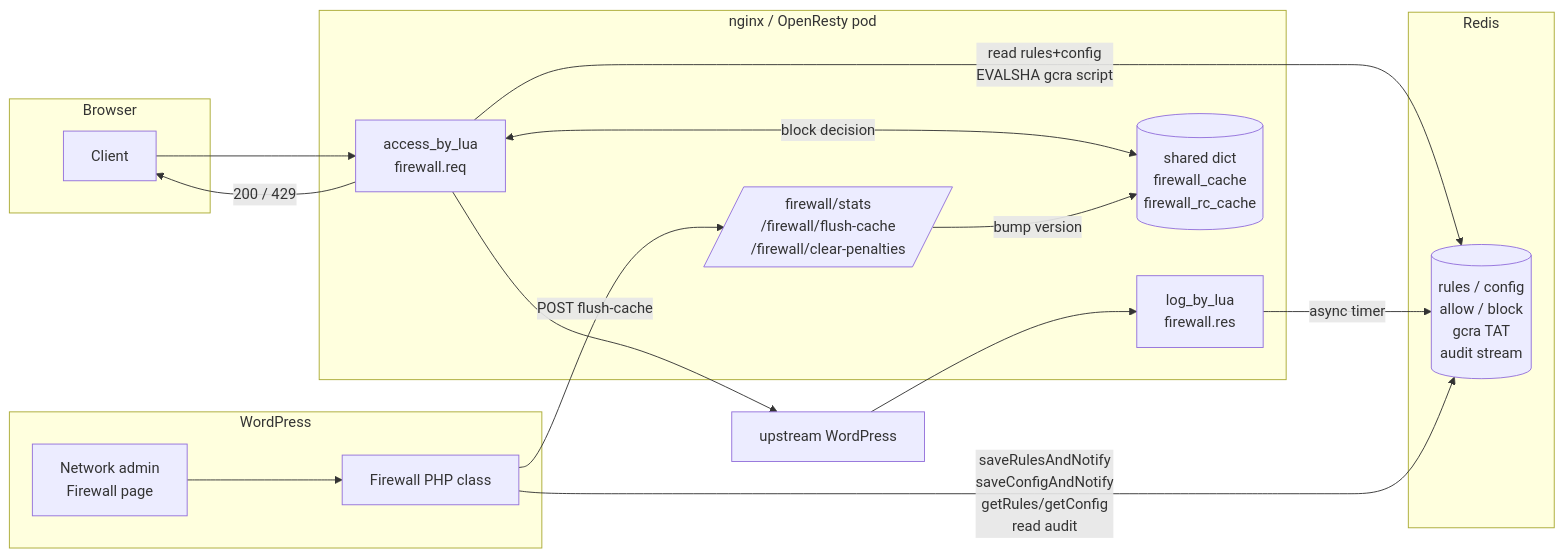
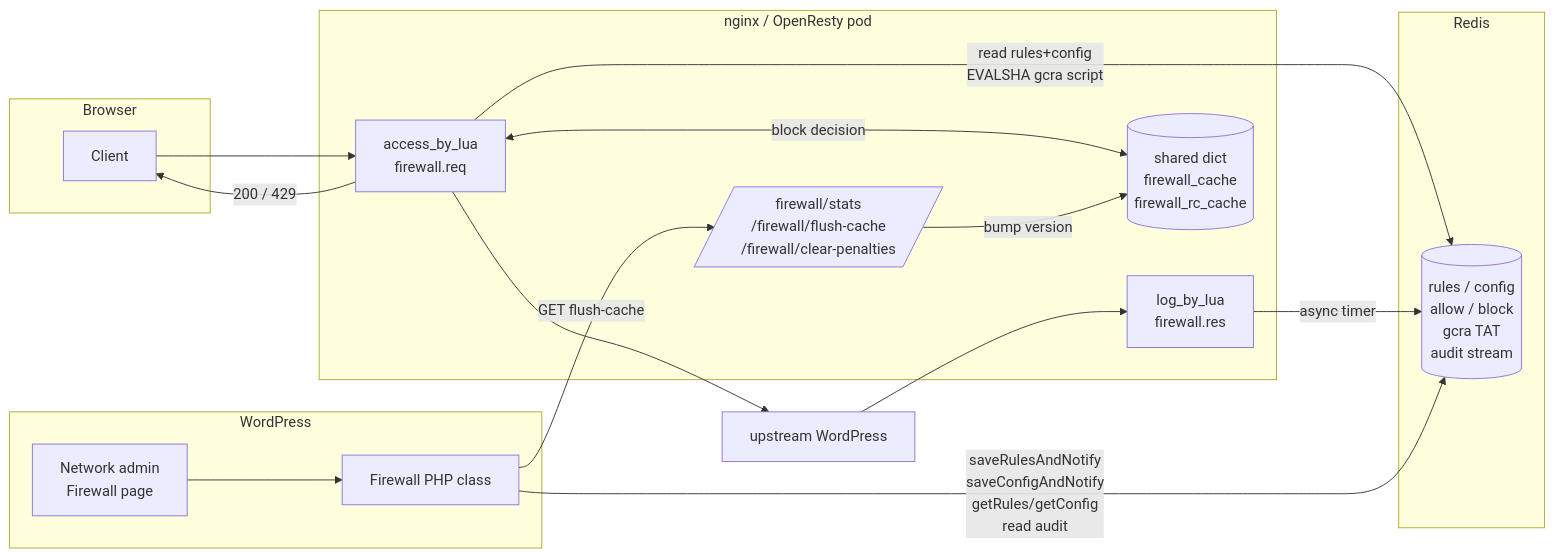
Before and after one commit to ministryofjustice/hale-platform: the first of 4 diagrams in opt/lua/README.md, drawn with Mermaid. The commit also changed other lines of this file, not shown here.

````diff
--- a/opt/lua/README.md
+++ b/opt/lua/README.md
@@ -133,34 +133,34 @@
 ```mermaid
 flowchart LR
     subgraph Browser
       C[Client]
     end
 
     subgraph nginx["nginx / OpenResty pod"]
       A[access_by_lua<br/>firewall.req]
       L[log_by_lua<br/>firewall.res]
       D[(shared dict<br/>firewall_cache<br/>firewall_rc_cache)]
       ADMIN[/firewall/stats<br/>/firewall/flush-cache<br/>/firewall/clear-penalties/]
     end
 
     subgraph Redis
       R[(rules / config<br/>allow / block<br/>gcra TAT<br/>audit stream)]
     end
 
     subgraph WordPress
       WP[Network admin<br/>Firewall page]
       PHP[Firewall PHP class]
     end
 
     C --> A
     A -- read rules+config<br/>EVALSHA gcra script --> R
     A <-- block decision --> D
     A -- 200 / 429 --> C
     A --> WPB[upstream WordPress] --> L
     L -- async timer --> R
 
     WP --> PHP
     PHP -- saveRulesAndNotify<br/>saveConfigAndNotify<br/>getRules/getConfig<br/>read audit --> R
-    PHP -- POST flush-cache --> ADMIN
+    PHP -- GET flush-cache --> ADMIN
     ADMIN -- bump version --> D
 ```
````
